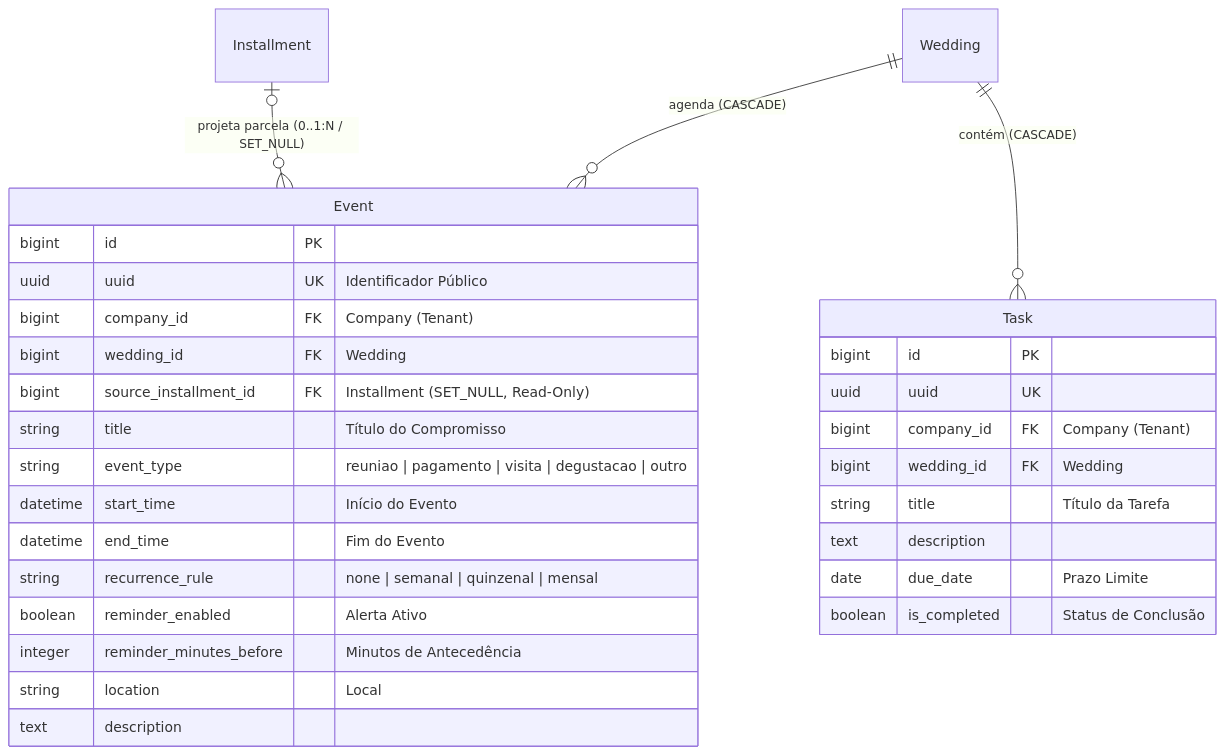
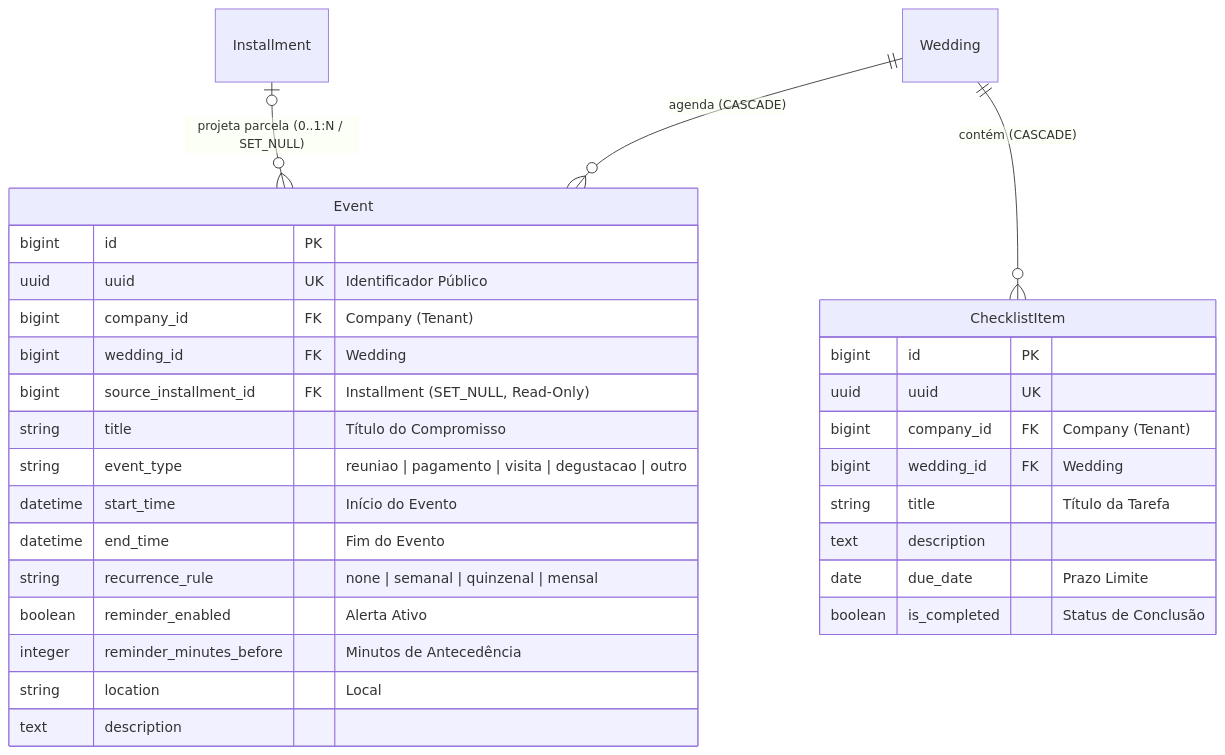
One commit to Rafaelp122/wedding_management changed the second of 2 diagrams in docs/architecture/domains/scheduler-domain.md. Above: the diagram before and after it, drawn with Mermaid. The commit also changed other lines of this file and 433 other files, not shown here.

````diff
--- a/docs/architecture/domains/scheduler-domain.md
+++ b/docs/architecture/domains/scheduler-domain.md
@@ -50,34 +50,34 @@
 ```mermaid
 erDiagram
     Wedding ||--o{ Event : "agenda (CASCADE)"
-    Wedding ||--o{ Task : "contém (CASCADE)"
+    Wedding ||--o{ ChecklistItem : "contém (CASCADE)"
     Installment |o--o{ Event : "projeta parcela (0..1:N / SET_NULL)"
 
     Event {
         bigint id PK
         uuid uuid UK "Identificador Público"
         bigint company_id FK "Company (Tenant)"
         bigint wedding_id FK "Wedding"
         bigint source_installment_id FK "Installment (SET_NULL, Read-Only)"
         string title "Título do Compromisso"
         string event_type "reuniao | pagamento | visita | degustacao | outro"
         datetime start_time "Início do Evento"
         datetime end_time "Fim do Evento"
         string recurrence_rule "none | semanal | quinzenal | mensal"
         boolean reminder_enabled "Alerta Ativo"
         integer reminder_minutes_before "Minutos de Antecedência"
         string location "Local"
         text description
     }
 
-    Task {
+    ChecklistItem {
         bigint id PK
         uuid uuid UK
         bigint company_id FK "Company (Tenant)"
         bigint wedding_id FK "Wedding"
         string title "Título da Tarefa"
         text description
         date due_date "Prazo Limite"
         boolean is_completed "Status de Conclusão"
     }
 ```
````
